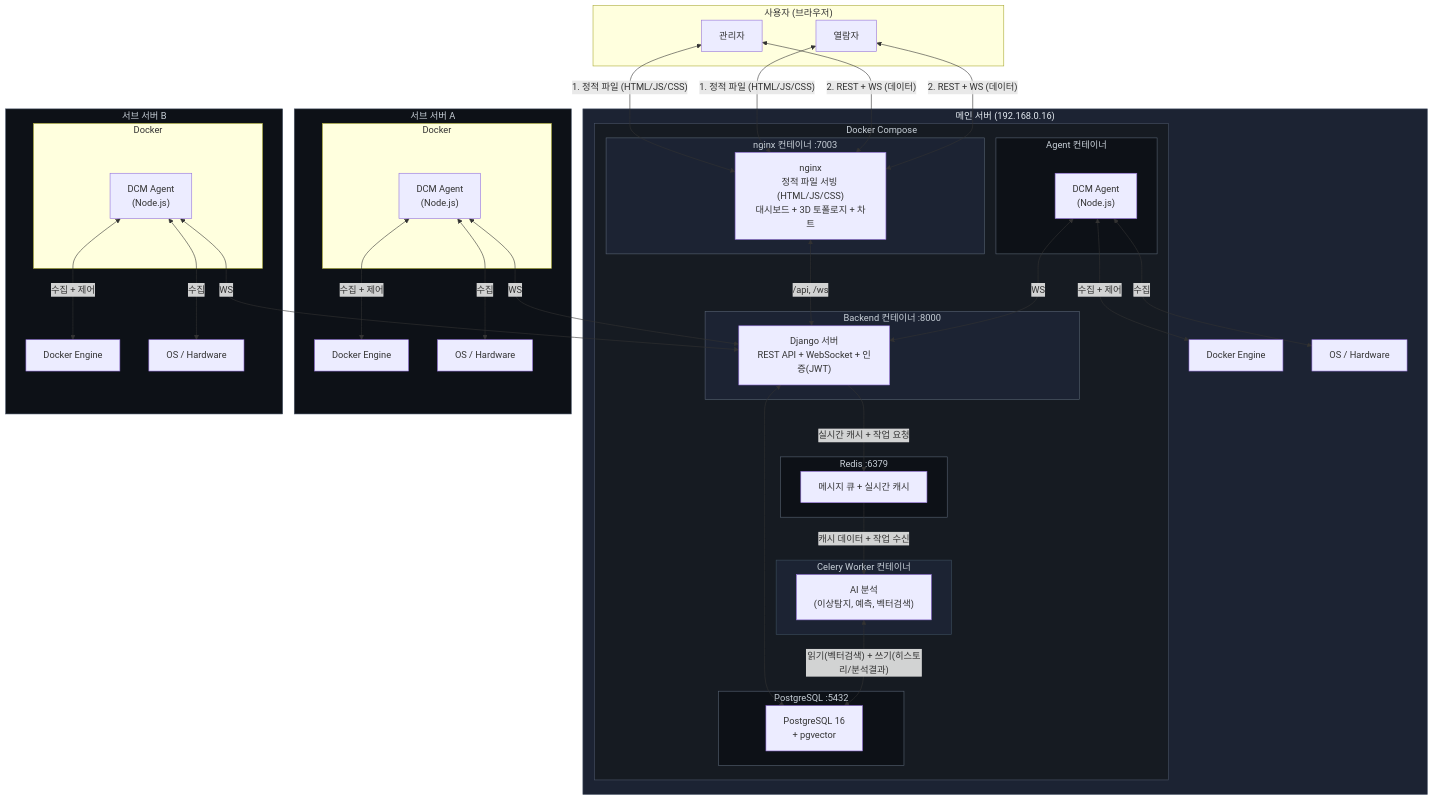
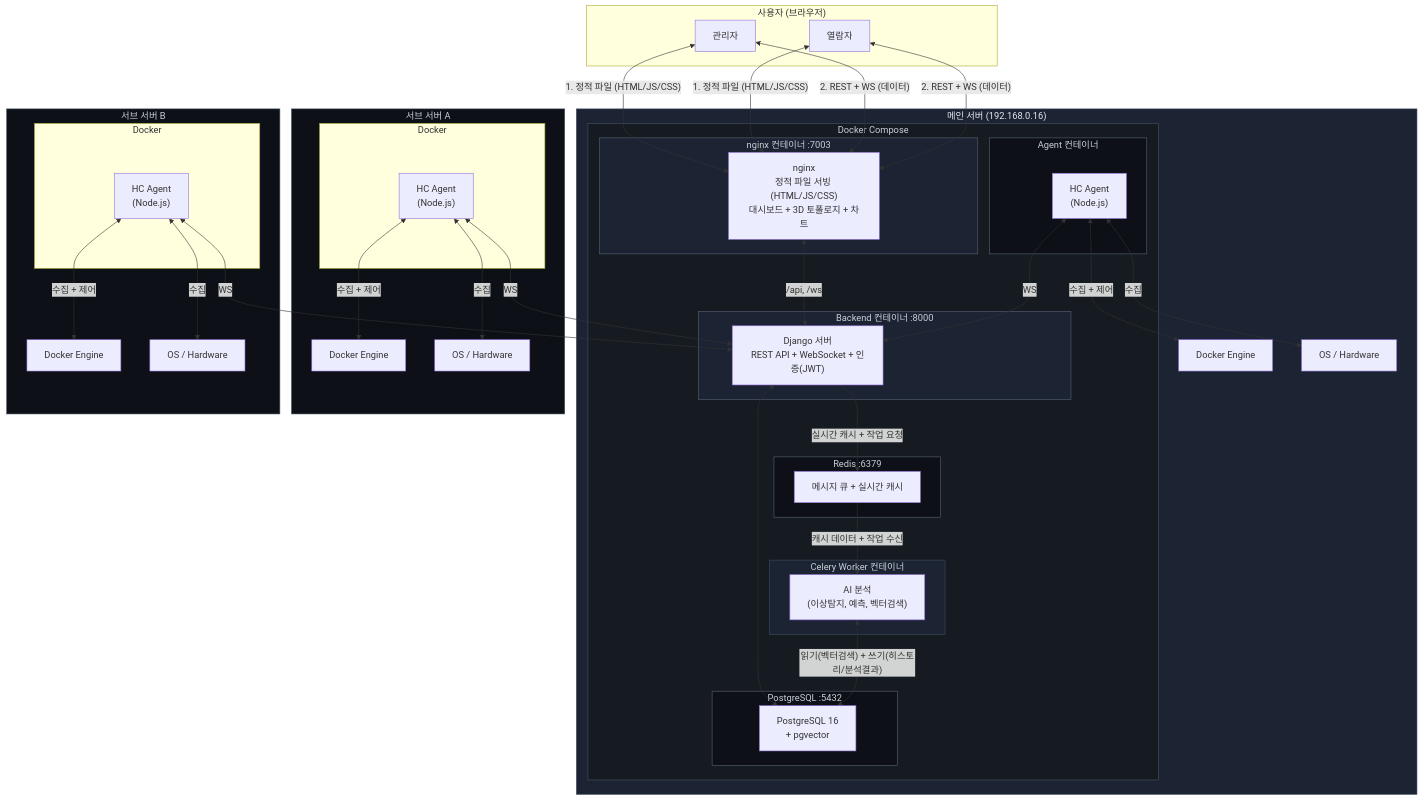
Before and after one commit to qkr7287/HyperCube: the first of 11 diagrams in docs/to-be-architecture.md, drawn with Mermaid. The commit also changed other lines of this file and 15 other files, not shown here.

```diff
--- a/docs/to-be-architecture.md
+++ b/docs/to-be-architecture.md
@@ -46,7 +46,7 @@
             end
 
             subgraph AgentMain["Agent 컨테이너"]
-                AgentM["DCM Agent<br/>(Node.js)"]
+                AgentM["HC Agent<br/>(Node.js)"]
             end
         end
 
@@ -56,7 +56,7 @@
 
     subgraph SubServer1["서브 서버 A"]
         subgraph DockerSub1["Docker"]
-            Agent1["DCM Agent<br/>(Node.js)"]
+            Agent1["HC Agent<br/>(Node.js)"]
         end
         Docker1["Docker Engine"]
         System1["OS / Hardware"]
@@ -64,7 +64,7 @@
 
     subgraph SubServer2["서브 서버 B"]
         subgraph DockerSub2["Docker"]
-            Agent2["DCM Agent<br/>(Node.js)"]
+            Agent2["HC Agent<br/>(Node.js)"]
         end
         Docker2["Docker Engine"]
         System2["OS / Hardware"]
```
